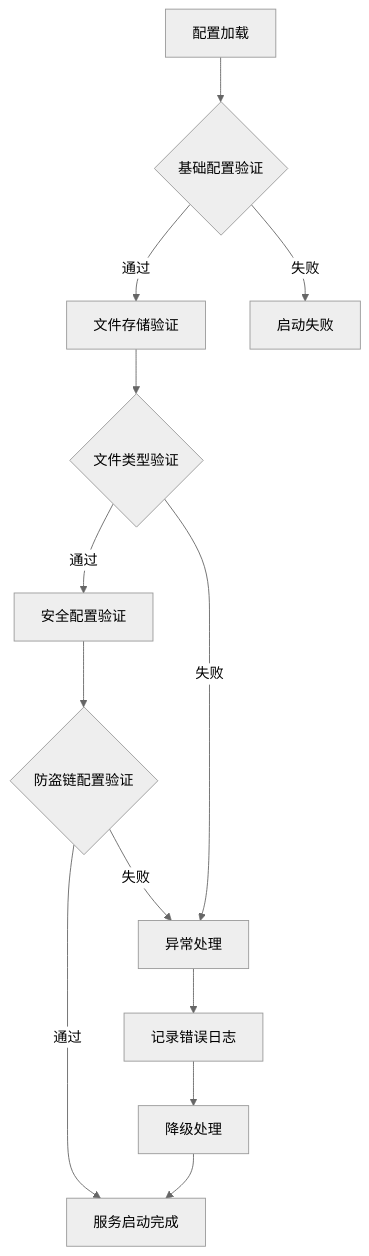
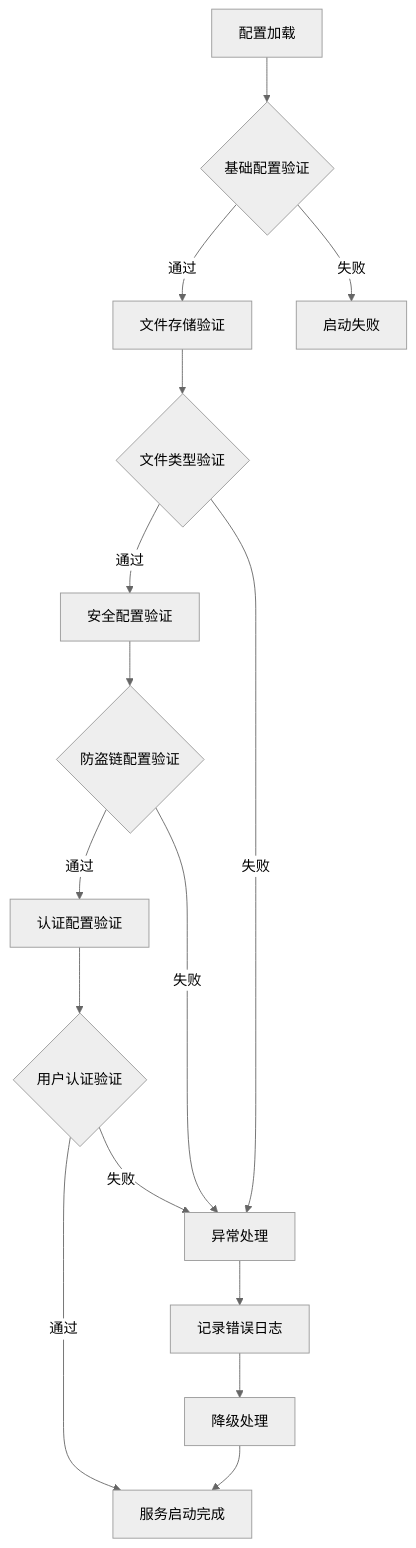
The third of 5 diagrams in .qoder/repowiki/zh/content/配置指南/配置指南.md (QoderZcy/zcyTest2), drawn with Mermaid (neutral theme) before and after one commit. The commit also changed other lines of this file and 9 other files, not shown here.

````diff
--- a/.qoder/repowiki/zh/content/配置指南/配置指南.md
+++ b/.qoder/repowiki/zh/content/配置指南/配置指南.md
@@ -440,15 +921,18 @@
 ```mermaid
 flowchart TD
 A[配置加载] --> B{基础配置验证}
 B --> |通过| C[文件存储验证]
 B --> |失败| D[启动失败]
 C --> E{文件类型验证}
 E --> |通过| F[安全配置验证]
 E --> |失败| G[异常处理]
 F --> H{防盗链配置验证}
-H --> |通过| I[服务启动完成]
+H --> |通过| I[认证配置验证]
 H --> |失败| G
-G --> J[记录错误日志]
-J --> K[降级处理]
-K --> I
+I --> J{用户认证验证}
+J --> |通过| K[服务启动完成]
+J --> |失败| G
+G --> L[记录错误日志]
+L --> M[降级处理]
+M --> K
 ```
````
